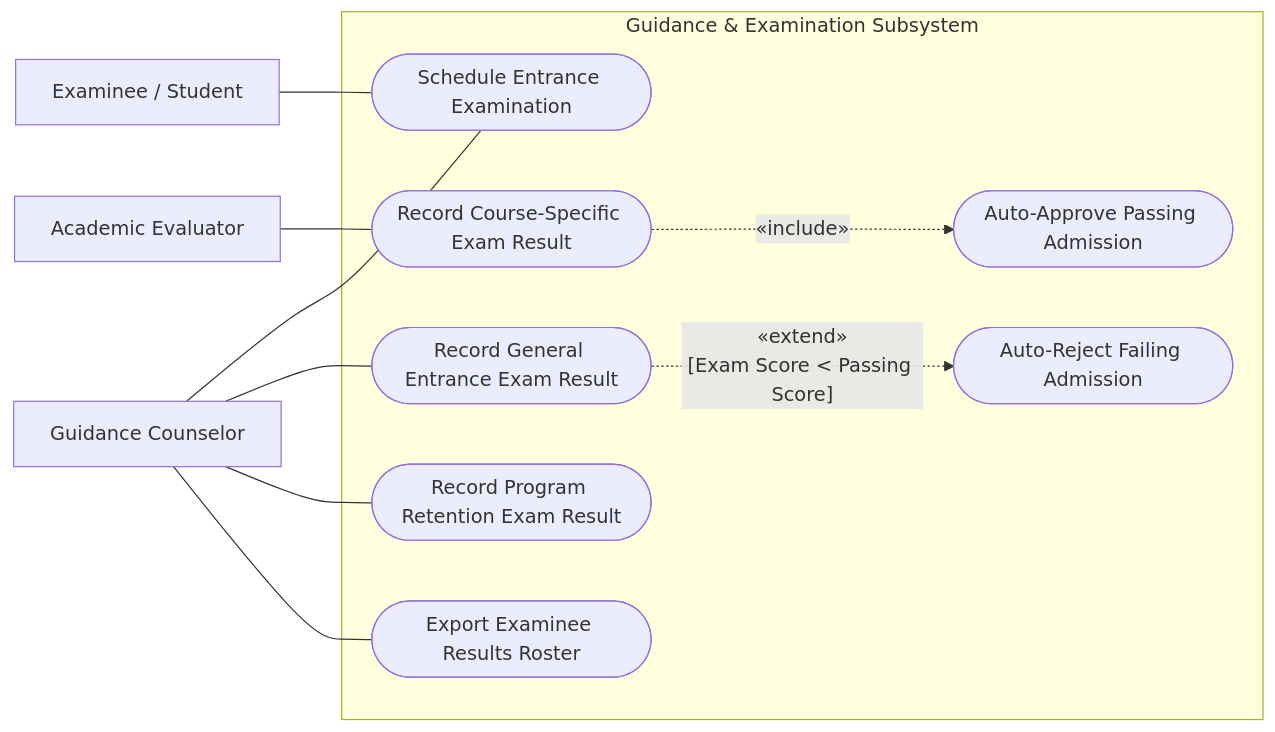
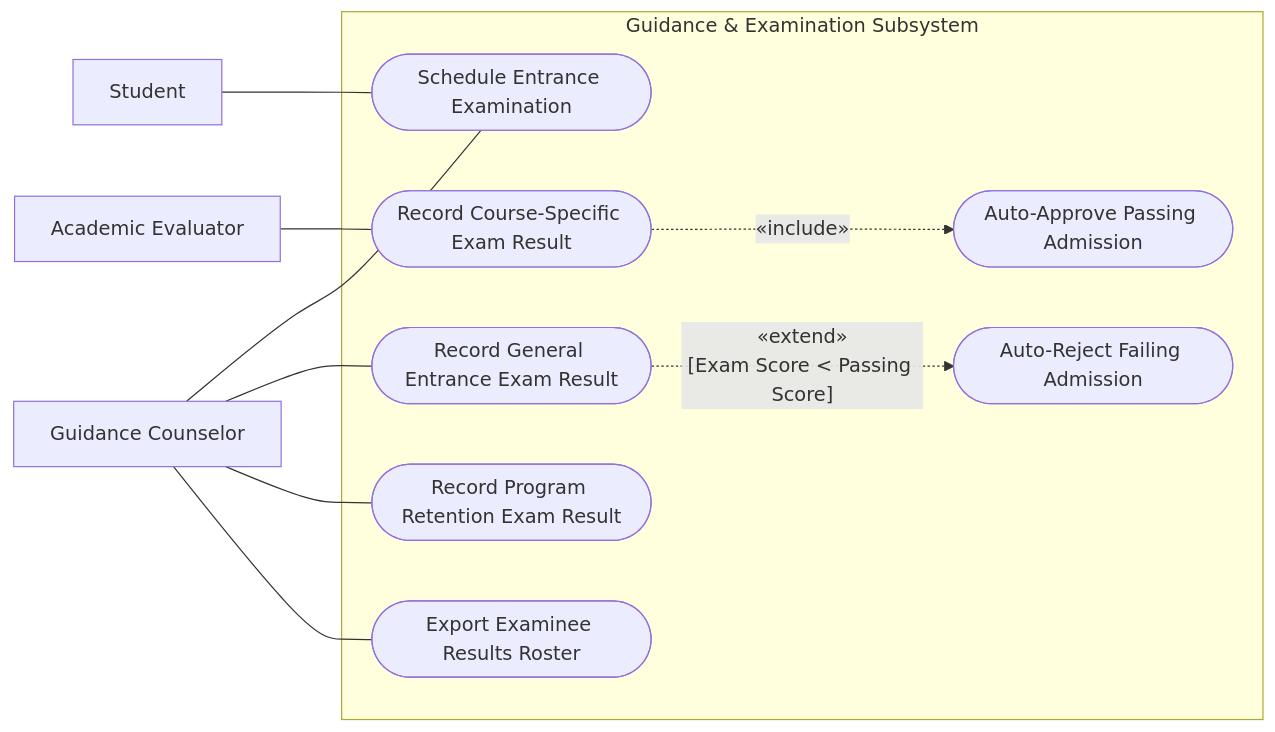
The seventh of 17 diagrams in Documentation/Use-Case-Diagram-Guide.md (kirbygeagonia-create/EnrollmentManagementSystem), drawn with Mermaid before and after one commit. The commit also changed other lines of this file and 50 other files, not shown here.

First line of the commit message:
The use-case actors fold to one figure per role, and the stage words move to the prose

````diff
--- a/Documentation/Use-Case-Diagram-Guide.md
+++ b/Documentation/Use-Case-Diagram-Guide.md
@@ -367,26 +367,26 @@
 ```mermaid
 flowchart LR
     A_Gui["Guidance Counselor"]
     A_Eval["Academic Evaluator"]
-    A_App["Examinee / Student"]
+    A_App["Student"]
 
     subgraph SYSTEM ["Guidance & Examination Subsystem"]
         UC_EX01(["Schedule Entrance Examination"])
         UC_EX02(["Record General Entrance Exam Result"])
         UC_EX03(["Record Course-Specific Exam Result"])
         UC_EX04(["Record Program Retention Exam Result"])
         UC_EX05(["Auto-Approve Passing Admission"])
         UC_EX06(["Auto-Reject Failing Admission"])
         UC_EX07(["Export Examinee Results Roster"])
     end
 
     A_Gui --- UC_EX01
     A_Gui --- UC_EX02
     A_Gui --- UC_EX04
     A_Gui --- UC_EX07
     A_Eval --- UC_EX03
     A_App --- UC_EX01
 
     UC_EX03 -.->|"«include»"| UC_EX05
     UC_EX02 -.->|"«extend»\n[Exam Score < Passing Score]"| UC_EX06
 ```
````
